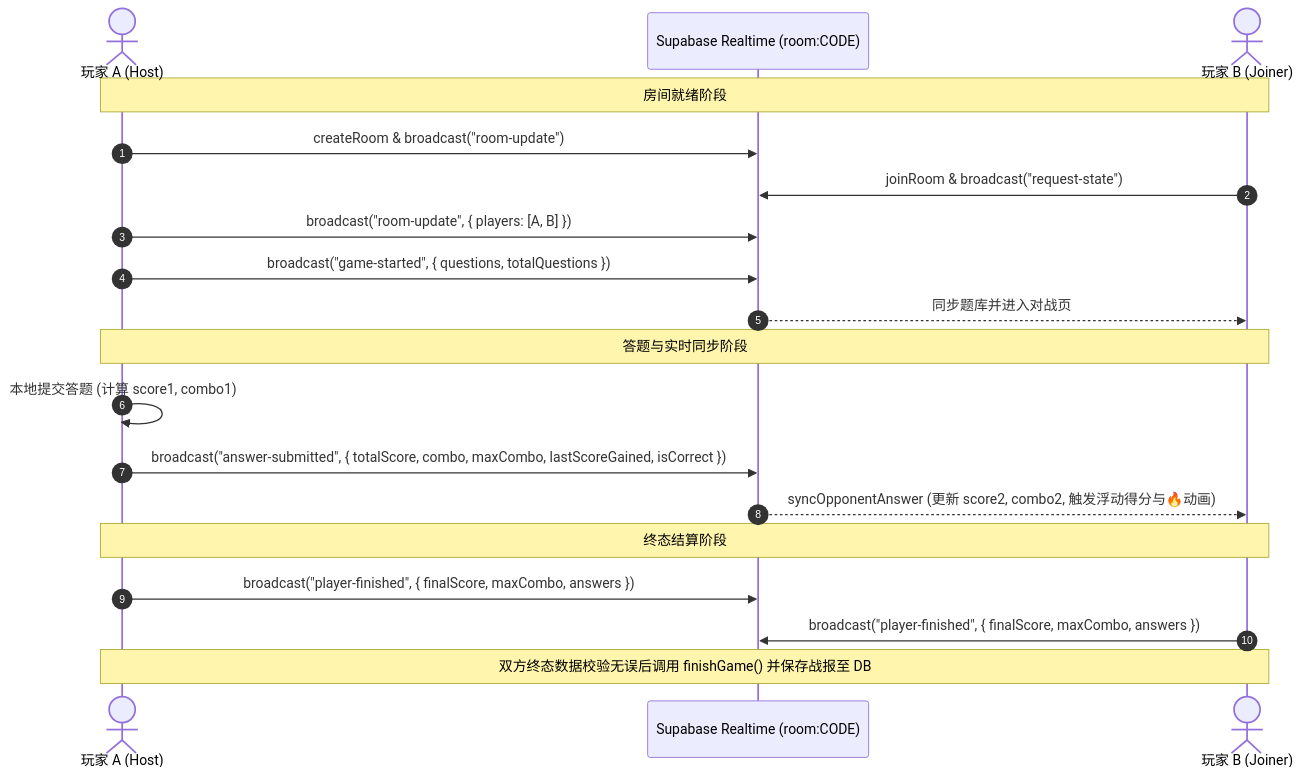
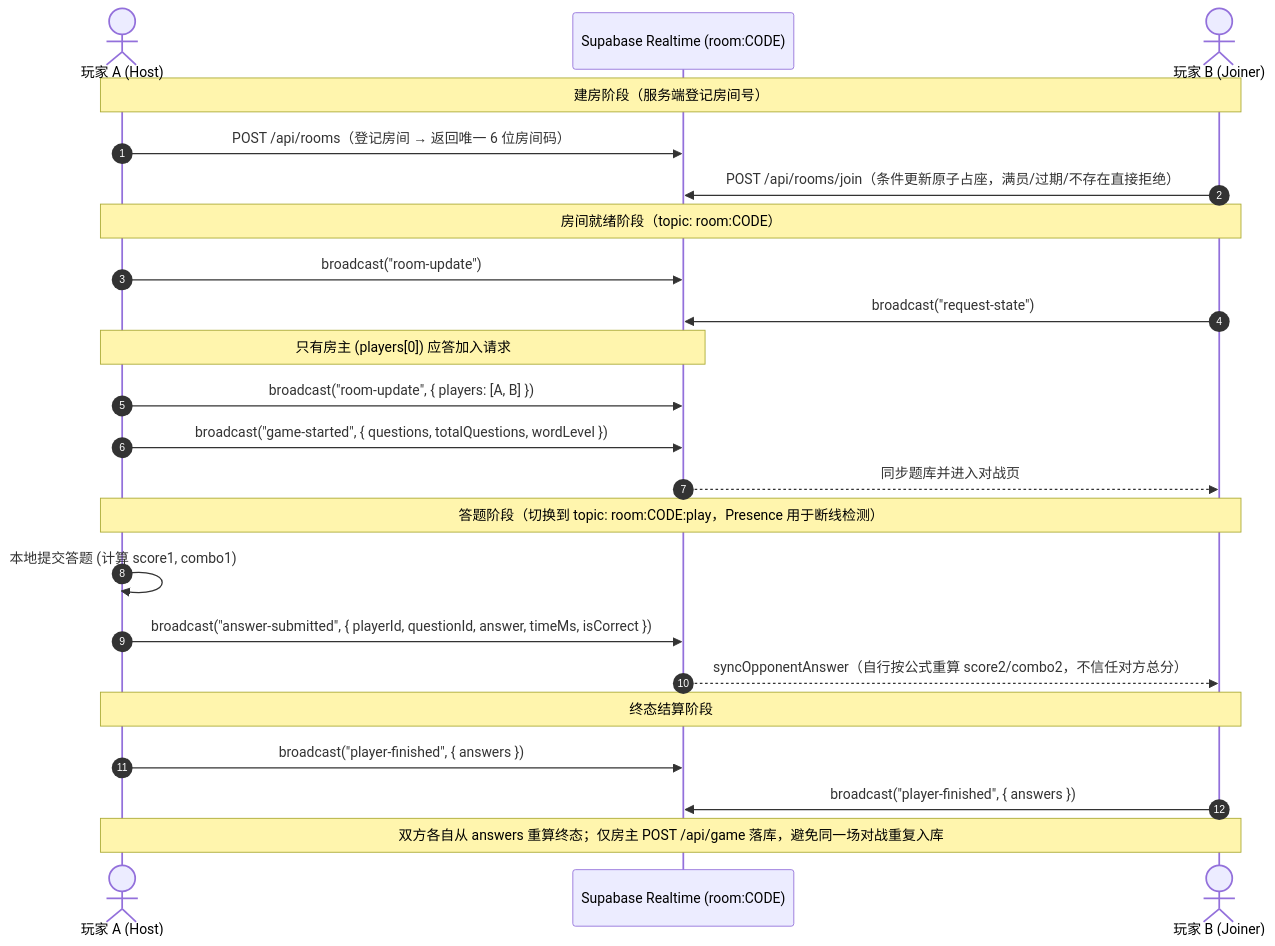
Before and after one commit to e69d8e/word-battle: the first of 2 diagrams in README.md, drawn with Mermaid. The commit also changed other lines of this file and 2 other files, not shown here.

````diff
--- a/README.md
+++ b/README.md
@@ -76,24 +76,29 @@
 ```mermaid
 sequenceDiagram
     autonumber
     actor A as 玩家 A (Host)
     participant S as Supabase Realtime (room:CODE)
     actor B as 玩家 B (Joiner)
 
-    Note over A,B: 房间就绪阶段
-    A->>S: createRoom & broadcast("room-update")
-    B->>S: joinRoom & broadcast("request-state")
+    Note over A,B: 建房阶段（服务端登记房间号）
+    A->>S: POST /api/rooms（登记房间 → 返回唯一 6 位房间码）
+    B->>S: POST /api/rooms/join（条件更新原子占座，满员/过期/不存在直接拒绝）
+
+    Note over A,B: 房间就绪阶段（topic: room:CODE）
+    A->>S: broadcast("room-update")
+    B->>S: broadcast("request-state")
+    Note over A,S: 只有房主 (players[0]) 应答加入请求
     A->>S: broadcast("room-update", { players: [A, B] })
-    A->>S: broadcast("game-started", { questions, totalQuestions })
+    A->>S: broadcast("game-started", { questions, totalQuestions, wordLevel })
     S-->>B: 同步题库并进入对战页
 
-    Note over A,B: 答题与实时同步阶段
+    Note over A,B: 答题阶段（切换到 topic: room:CODE:play，Presence 用于断线检测）
     A->>A: 本地提交答题 (计算 score1, combo1)
-    A->>S: broadcast("answer-submitted", { totalScore, combo, maxCombo, lastScoreGained, isCorrect })
-    S-->>B: syncOpponentAnswer (更新 score2, combo2, 触发浮动得分与🔥动画)
+    A->>S: broadcast("answer-submitted", { playerId, questionId, answer, timeMs, isCorrect })
+    S-->>B: syncOpponentAnswer（自行按公式重算 score2/combo2，不信任对方总分）
 
     Note over A,B: 终态结算阶段
-    A->>S: broadcast("player-finished", { finalScore, maxCombo, answers })
-    B->>S: broadcast("player-finished", { finalScore, maxCombo, answers })
-    Note over A,B: 双方终态数据校验无误后调用 finishGame() 并保存战报至 DB
+    A->>S: broadcast("player-finished", { answers })
+    B->>S: broadcast("player-finished", { answers })
+    Note over A,B: 双方各自从 answers 重算终态；仅房主 POST /api/game 落库，避免同一场对战重复入库
 ```
````
